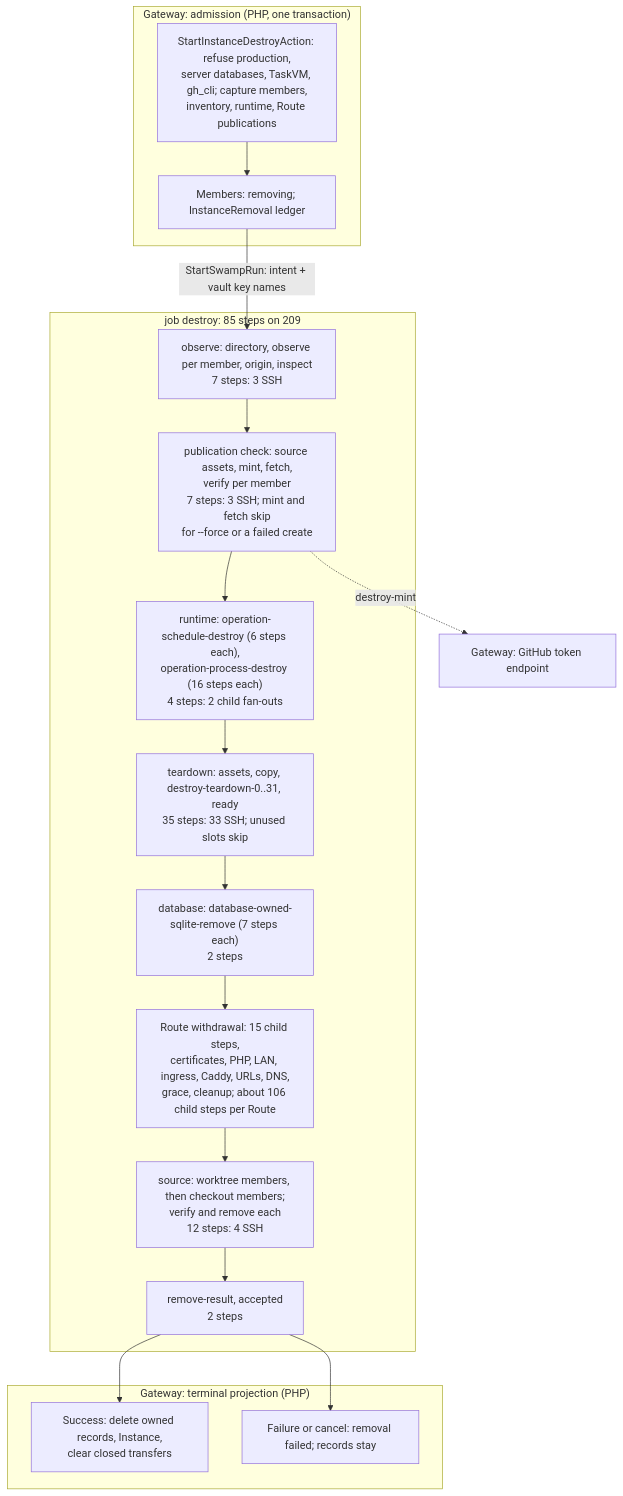
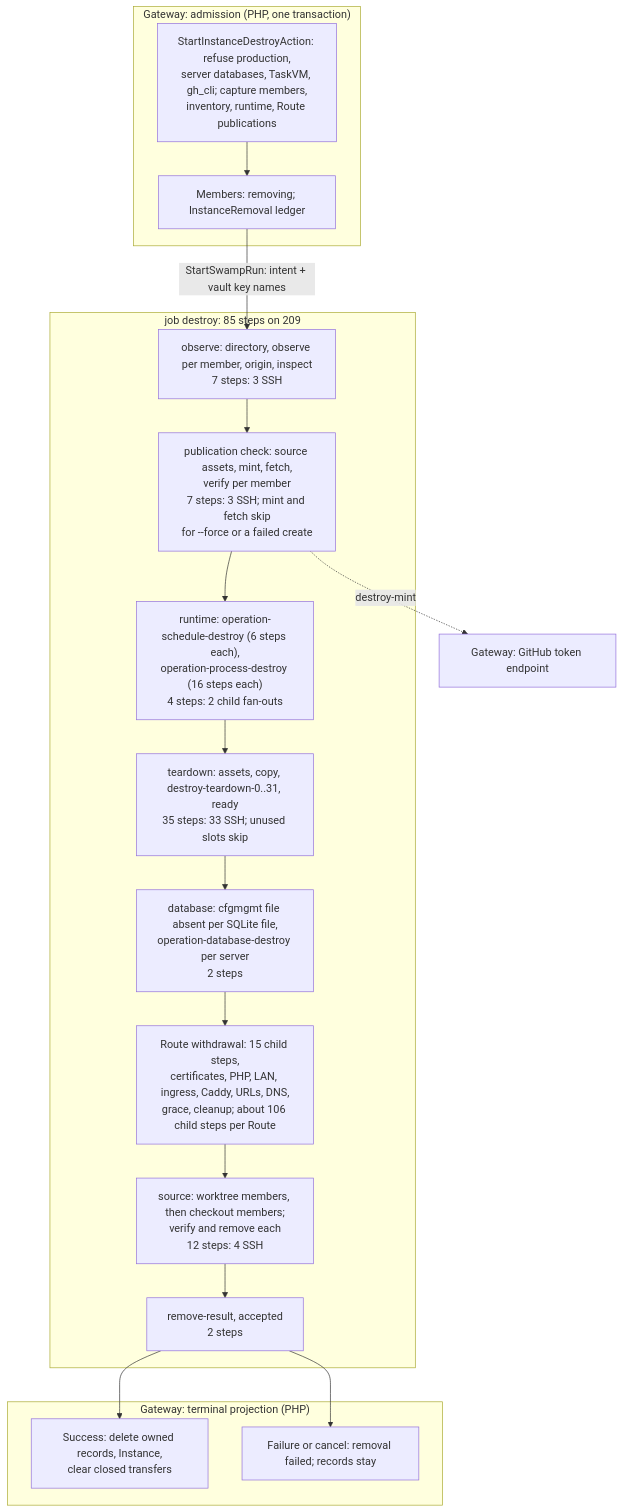
One commit to hardimpactdev/orbit changed the second of 3 diagrams in docs/swamp/diagrams/instance-destroy.md. Above: the diagram before and after it, drawn with Mermaid. The commit also changed 47 other files, not shown here.

First line of the commit message:
refactor(databases): instance:destroy drops owned databases through database:destroy; remove database.destroy_owned

````diff
--- a/docs/swamp/diagrams/instance-destroy.md
+++ b/docs/swamp/diagrams/instance-destroy.md
@@ -87,31 +87,31 @@
 ```mermaid
 flowchart TD
   subgraph GW1["Gateway: admission (PHP, one transaction)"]
     A1["StartInstanceDestroyAction: refuse production,<br/>server databases, TaskVM, gh_cli; capture members,<br/>inventory, runtime, Route publications"]
     A2["Members: removing; InstanceRemoval ledger"]
     A1 --> A2
   end
 
   subgraph RUN["job destroy: 85 steps on 209"]
     S1["observe: directory, observe per member, origin, inspect<br/>7 steps: 3 SSH"]
     S2["publication check: source assets, mint, fetch,<br/>verify per member<br/>7 steps: 3 SSH; mint and fetch skip<br/>for --force or a failed create"]
     S3["runtime: operation-schedule-destroy (6 steps each),<br/>operation-process-destroy (16 steps each)<br/>4 steps: 2 child fan-outs"]
     S4["teardown: assets, copy, destroy-teardown-0..31, ready<br/>35 steps: 33 SSH; unused slots skip"]
-    S5["database: database-owned-sqlite-remove (7 steps each)<br/>2 steps"]
+    S5["database: cfgmgmt file absent per SQLite file,<br/>operation-database-destroy per server<br/>2 steps"]
     S6["Route withdrawal: 15 child steps,<br/>certificates, PHP, LAN, ingress, Caddy, URLs, DNS,<br/>grace, cleanup; about 106 child steps per Route"]
     S7["source: worktree members, then checkout members;<br/>verify and remove each<br/>12 steps: 4 SSH"]
     S8["remove-result, accepted<br/>2 steps"]
     S1 --> S2 --> S3 --> S4 --> S5 --> S6 --> S7 --> S8
   end
 
   subgraph GW2["Gateway: terminal projection (PHP)"]
     G1["Success: delete owned records, Instance,<br/>clear closed transfers"]
     G2["Failure or cancel: removal failed; records stay"]
   end
 
   T["Gateway: GitHub token endpoint"]
   A2 -- "StartSwampRun: intent + vault key names" --> S1
   S2 -. "destroy-mint" .-> T
   S8 --> G1
   S8 --> G2
 ```
````
